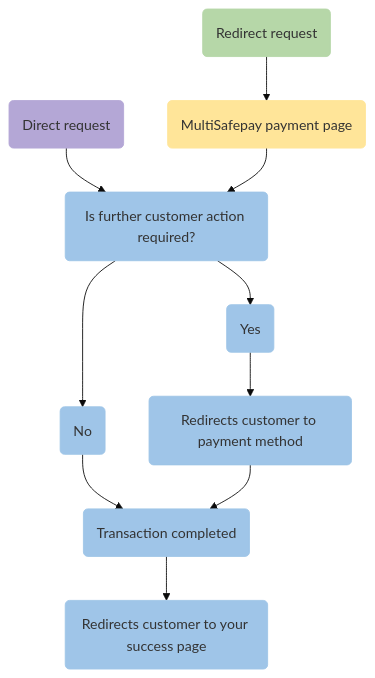
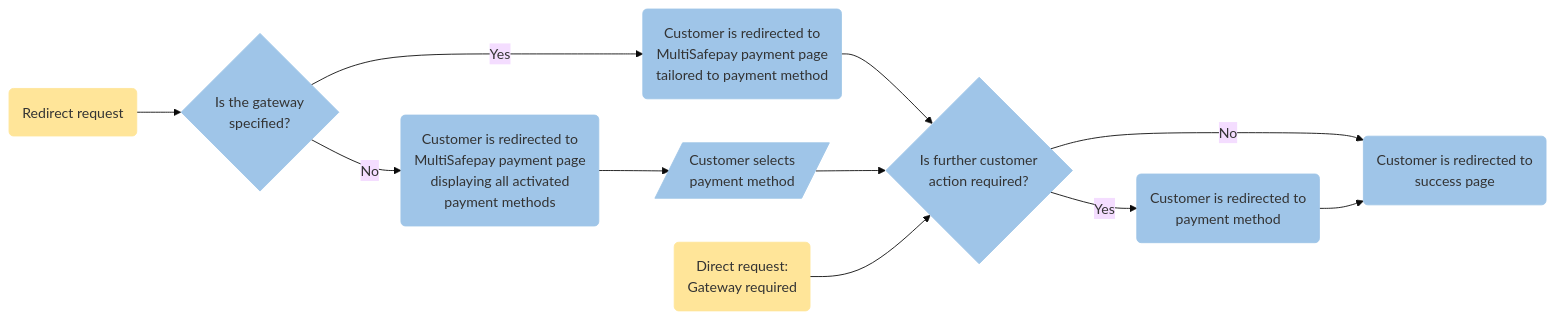
One commit to MultiSafepay/docs changed the diagram in content/developer/api/direct-vs-redirect.md. Above: the diagram before and after it, drawn with Mermaid (base theme). The commit also changed other lines of this file, not shown here.

Commit message:
DOCS-1408: Third round

```diff
--- a/content/developer/api/direct-vs-redirect.md
+++ b/content/developer/api/direct-vs-redirect.md
@@ -14,22 +14,25 @@
 {{< mermaid class="text-center" >}}
 
-flowchart TD
-    id1(Direct request)--> id3(Is further customer action required?)
-    id2(Redirect request)--> id4(MultiSafepay payment page)
-    id4(MultiSafepay payment page)--> id3(Is further customer action required?)
-    id3(Is further customer action required?)--> id5(Yes) & id6(No)
-    id5(Yes)--> id7(Redirects customer to payment method)
-    id6(No)--> id8(Transaction completed)
-    id7(Redirects customer to payment method)--> id8(Transaction completed)
-    id8(Transaction completed)--> id9(Redirects customer to your success page)
-    style id1 fill: #b4a7d6, stroke: #b4a7d6
-    style id2 fill: #b6d7a8, stroke: #b6d7a8
-    style id3 fill: #9fc5e8, stroke: #9fc5e8
-    style id4 fill: #ffe599, stroke: #ffe599
+flowchart LR
+    id1(Redirect request)--> id2{Is the gateway <br> specified?}
+    id2{Is the gateway <br> specified?}-- Yes --> id4(Customer is redirected to <br> MultiSafepay payment page <br> tailored to payment method)
+    id2{Is the gateway <br> specified?}-- No --> id5(Customer is redirected to <br> MultiSafepay payment page <br> displaying all activated <br> payment methods)
+    id4(Customer is redirected to <br> MultiSafepay payment page <br> tailored to payment method)--> id6{Is further customer <br> action required?}
+    id5(Customer is redirected to <br> MultiSafepay payment page <br> displaying all activated <br> payment methods)--> id9[/Customer selects <br> payment method/]
+    id9[/Customer selects <br> payment method/]--> id6{Is further customer <br> action required?}
+    id10(Direct request: <br> Gateway required )--> id6{Is further customer <br> action required?}
+    id6{Is further customer <br> action required?}-- No --> id7(Customer is redirected to <br> success page)
+    id6{Is further customer <br> action required?}-- Yes --> id8(Customer is redirected to <br> payment method)
+    id8(Customer is redirected to <br> payment method)--> id7(Customer is redirected to <br> success page)
+
+    style id1 fill: #ffe599, stroke: #ffe599
+    style id2 fill: #9fc5e8, stroke: #9fc5e8
+    style id4 fill: #9fc5e8, stroke: #9fc5e8
     style id5 fill: #9fc5e8, stroke: #9fc5e8
     style id6 fill: #9fc5e8, stroke: #9fc5e8
     style id7 fill: #9fc5e8, stroke: #9fc5e8
     style id8 fill: #9fc5e8, stroke: #9fc5e8
     style id9 fill: #9fc5e8, stroke: #9fc5e8
+    style id10 fill: #ffe599, stroke: #ffe599
 
 {{< /mermaid >}}
```
